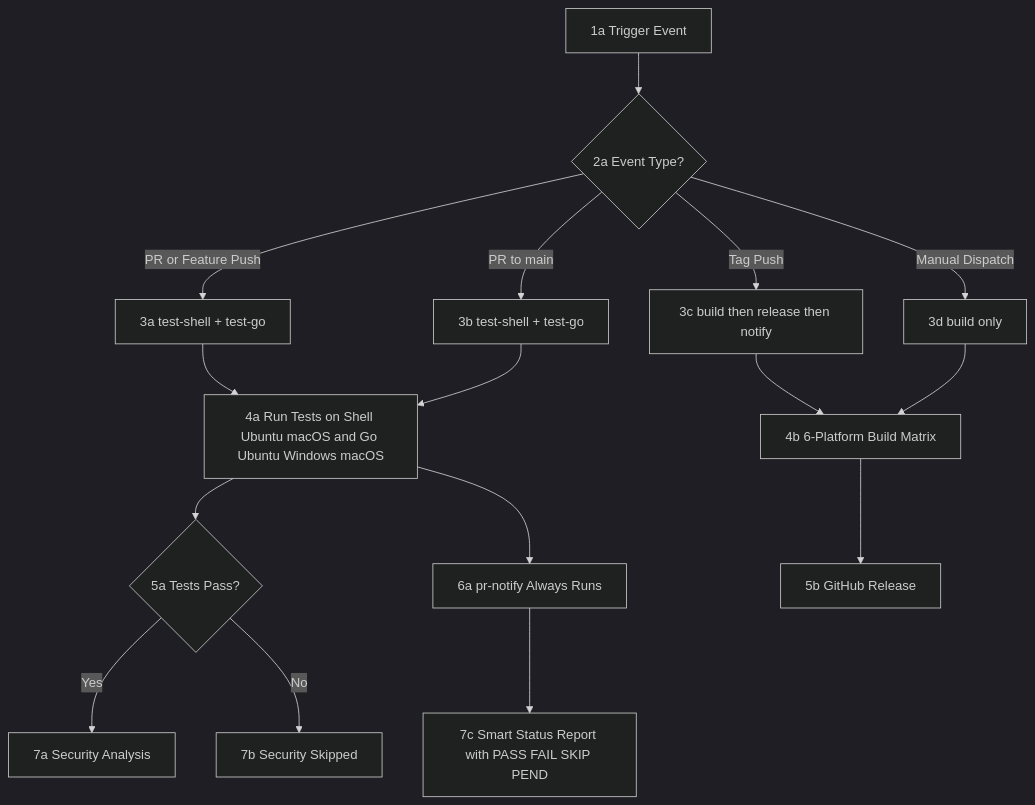
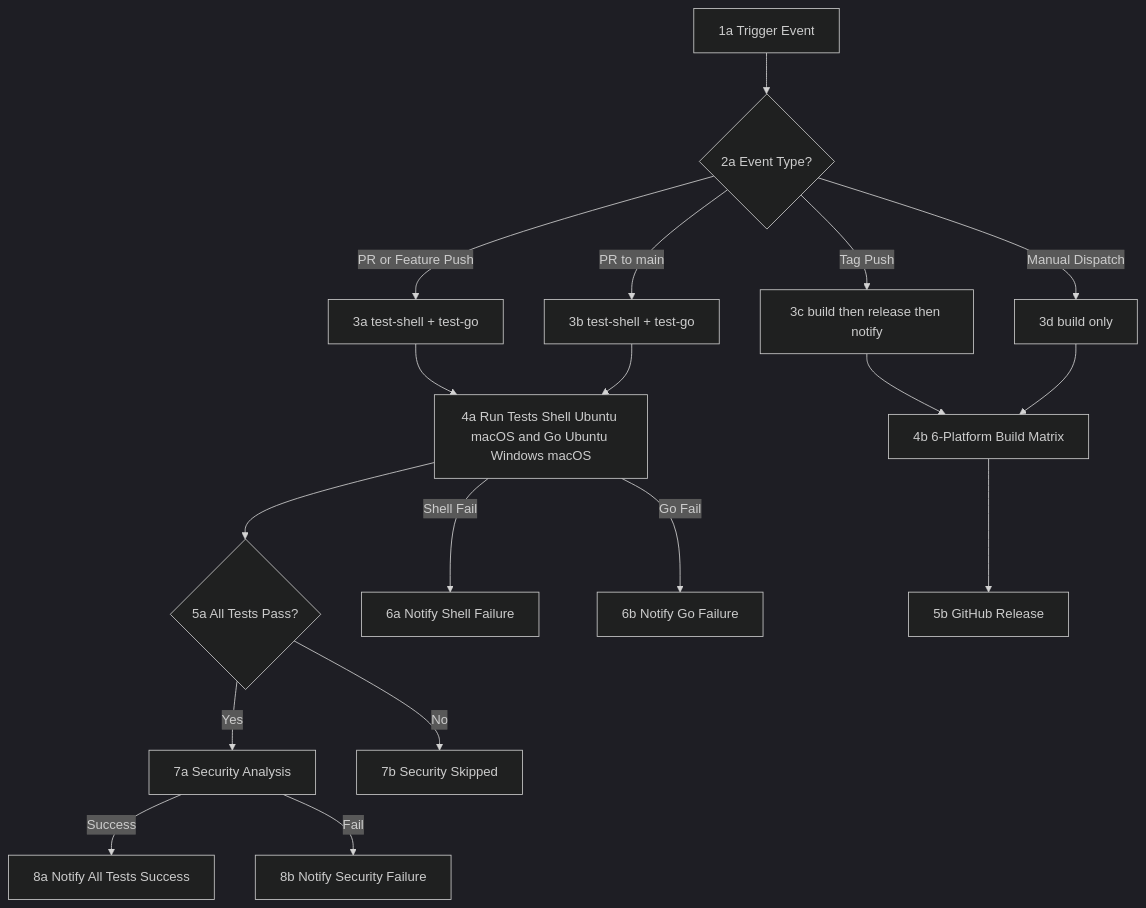
The diagram in docs/CI_CD_PIPELINE.md (zsoftly/ztiaws), drawn with Mermaid (dark theme) before and after one commit. The commit also changed other lines of this file and 2 other files, not shown here.

````diff
--- a/docs/CI_CD_PIPELINE.md
+++ b/docs/CI_CD_PIPELINE.md
@@ -57,21 +57,23 @@
 ```mermaid
 graph TD
     A[1a Trigger Event] --> B{2a Event Type?}
     
     B -->|PR or Feature Push| C[3a test-shell + test-go]
     B -->|PR to main| D[3b test-shell + test-go]
     B -->|Tag Push| E[3c build then release then notify]
     B -->|Manual Dispatch| F[3d build only]
     
-    C --> G[4a Run Tests on Shell Ubuntu macOS and Go Ubuntu Windows macOS]
+    C --> G[4a Run Tests Shell Ubuntu macOS and Go Ubuntu Windows macOS]
     D --> G
-    G --> H{5a Tests Pass?}
-    G --> K[6a pr-notify Always Runs]
-    H -->|Yes| I[7a Security Analysis]
+    G --> H{5a All Tests Pass?}
+    G -->|Shell Fail| I[6a Notify Shell Failure]
+    G -->|Go Fail| J[6b Notify Go Failure]
+    H -->|Yes| K[7a Security Analysis]
     H -->|No| L[7b Security Skipped]
-    E --> M[4b 6-Platform Build Matrix]
-    F --> M
+    K -->|Success| M[8a Notify All Tests Success]
+    K -->|Fail| N[8b Notify Security Failure]
+    E --> O[4b 6-Platform Build Matrix]
+    F --> O
     
-    M --> N[5b GitHub Release]
-    K --> O[7c Smart Status Report with PASS FAIL SKIP PEND]
+    O --> P[5b GitHub Release]
 ```
````
